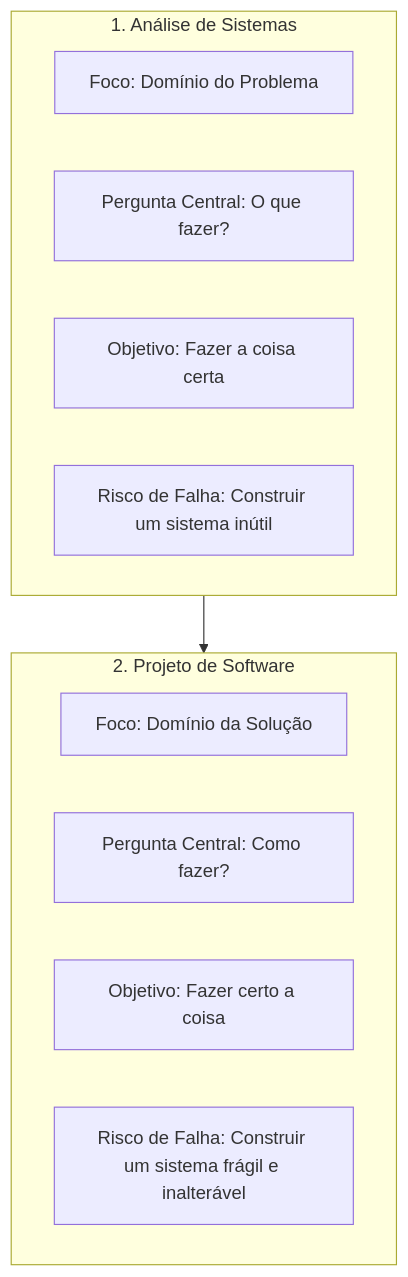
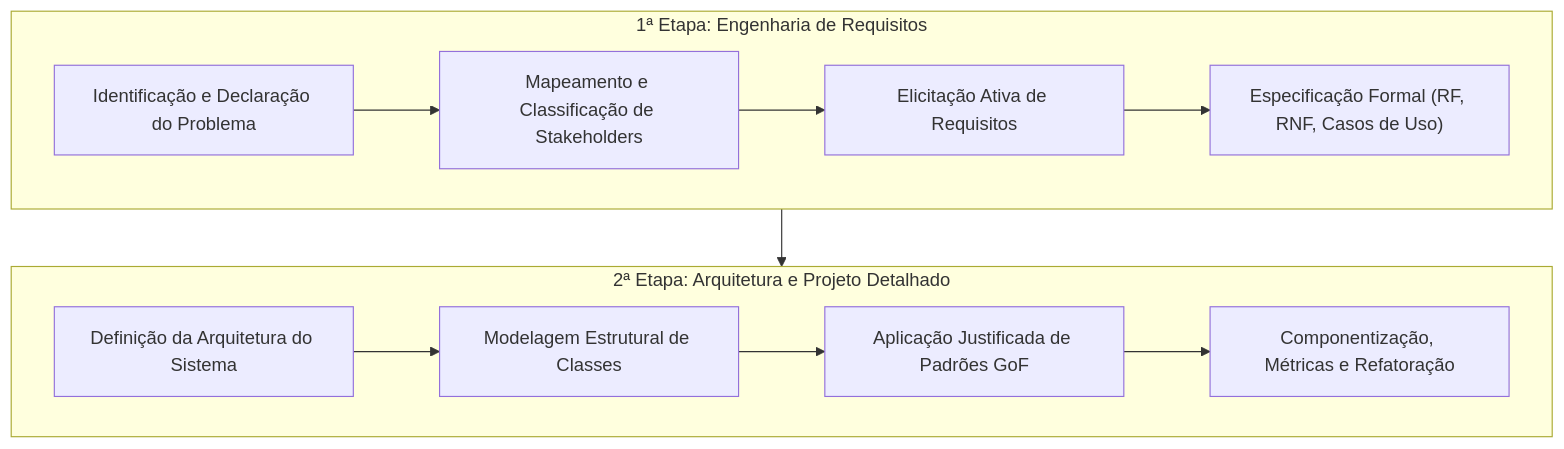
The second of 29 diagrams in 4º Semestre/[Prof. Wesley Soares] Engenharia de Software II/Resumos-IA/Simulados-Comentados.md (murilolol/unifef), drawn with Mermaid before and after one commit. The commit also changed other lines of this file and 40 other files, not shown here.

````diff
--- a/4º Semestre/[Prof. Wesley Soares] Engenharia de Software II/Resumos-IA/Simulados-Comentados.md
+++ b/4º Semestre/[Prof. Wesley Soares] Engenharia de Software II/Resumos-IA/Simulados-Comentados.md
@@ -197,18 +68,16 @@
 ```mermaid
 flowchart TD
- subgraph Analise["1. Análise de Sistemas"]
- A1["Foco: Domínio do Problema"]
- A2["Pergunta Central: O que fazer?"]
- A3["Objetivo: Fazer a coisa certa"]
- A4["Risco de Falha: Construir um sistema inútil"]
+ subgraph Fase1["1ª Etapa: Engenharia de Requisitos"]
+ E1["Identificação e Declaração do Problema"] --> E2["Mapeamento e Classificação de Stakeholders"]
+ E2 --> E3["Elicitação Ativa de Requisitos"]
+ E3 --> E4["Especificação Formal (RF, RNF, Casos de Uso)"]
  end
 
- subgraph Projeto["2. Projeto de Software"]
- P1["Foco: Domínio da Solução"]
- P2["Pergunta Central: Como fazer?"]
- P3["Objetivo: Fazer certo a coisa"]
- P4["Risco de Falha: Construir um sistema frágil e inalterável"]
+ subgraph Fase2["2ª Etapa: Arquitetura e Projeto Detalhado"]
+ A1["Definição da Arquitetura do Sistema"] --> A2["Modelagem Estrutural de Classes"]
+ A2 --> A3["Aplicação Justificada de Padrões GoF"]
+ A3 --> A4["Componentização, Métricas e Refatoração"]
  end
 
- Analise --> Projeto
+ Fase1 --> Fase2
 ```
````
